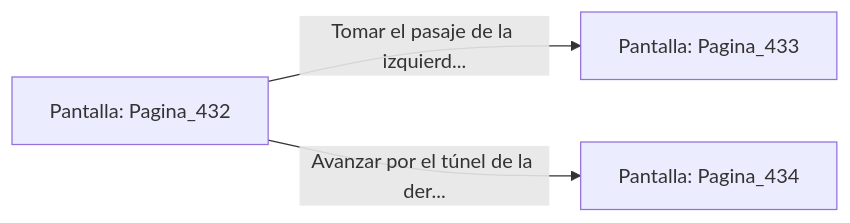
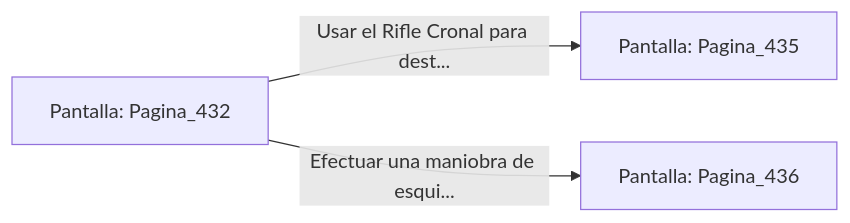
One commit to metsuke/mpl changed the diagram in sample/eligejuego-vault/Pantalla_Pagina_432.md. Above: the diagram before and after it, drawn with Mermaid. The commit also changed other lines of this file and 635 other files, not shown here.

First line of the commit message:
fix: añadir Pagina_1 como pantalla inicial en capitulo_01.mpl

````diff
--- a/sample/eligejuego-vault/Pantalla_Pagina_432.md
+++ b/sample/eligejuego-vault/Pantalla_Pagina_432.md
@@ -20,6 +22,6 @@
 ```mermaid
 graph LR
     P_Pagina_432["Pantalla: Pagina_432"]
-    P_Pagina_432 -->|"Tomar el pasaje de la izquierd..."| P_Pagina_433["Pantalla: Pagina_433"]
-    P_Pagina_432 -->|"Avanzar por el túnel de la der..."| P_Pagina_434["Pantalla: Pagina_434"]
+    P_Pagina_432 -->|"Usar el Rifle Cronal para dest..."| P_Pagina_435["Pantalla: Pagina_435"]
+    P_Pagina_432 -->|"Efectuar una maniobra de esqui..."| P_Pagina_436["Pantalla: Pagina_436"]
 ```
````
